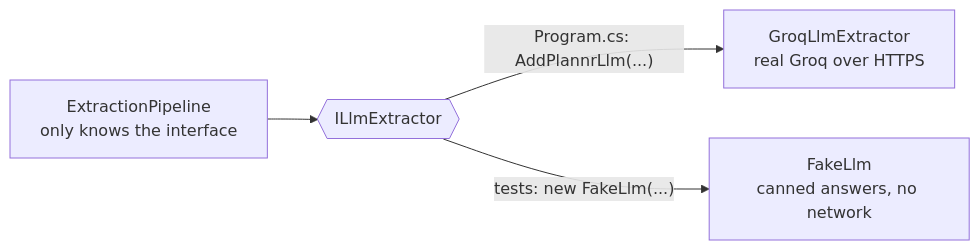
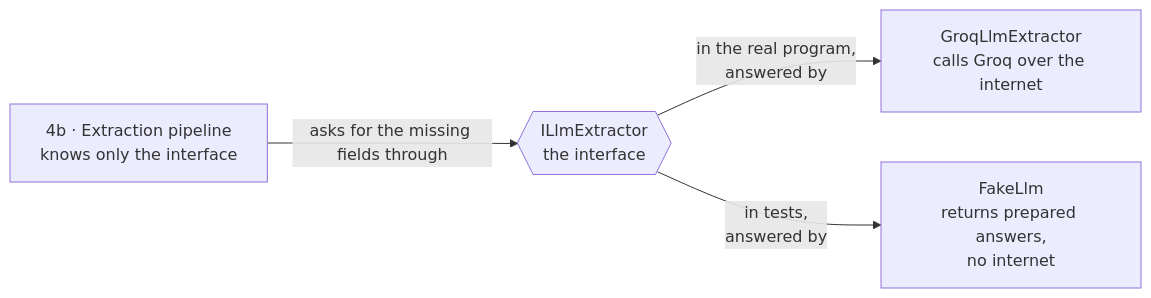
The sixth of 13 diagrams in docs/architecture.md (SunchokePasta/Plannr), drawn with Mermaid before and after one commit. The commit also changed other lines of this file and 3 other files, not shown here.

First line of the commit message:
Rewrite the architecture page around a glossary and labelled steps

````diff
--- a/docs/architecture.md
+++ b/docs/architecture.md
@@ -274,6 +291,6 @@
 ```mermaid
 flowchart LR
-  pipe["ExtractionPipeline<br/>only knows the interface"] --> iface{{"ILlmExtractor"}}
-  iface -->|"Program.cs: AddPlannrLlm(...)"| real["GroqLlmExtractor<br/>real Groq over HTTPS"]
-  iface -->|"tests: new FakeLlm(...)"| fake["FakeLlm<br/>canned answers, no network"]
+  pipe["4b · Extraction pipeline<br/>knows only the interface"] -->|"asks for the missing fields through"| iface{{"ILlmExtractor<br/>the interface"}}
+  iface -->|"in the real program,<br/>answered by"| real["GroqLlmExtractor<br/>calls Groq over the internet"]
+  iface -->|"in tests,<br/>answered by"| fake["FakeLlm<br/>returns prepared answers,<br/>no internet"]
 ```
````
